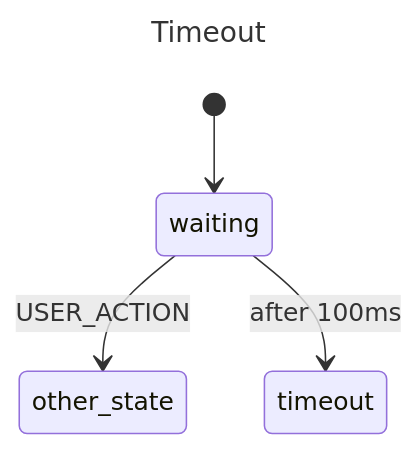
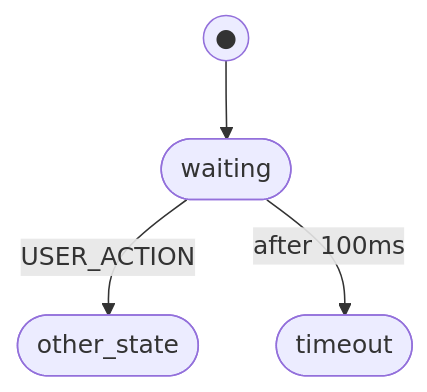
Before and after one commit to floodfx/gstate: the diagram in examples/delayed/README.md, drawn with Mermaid. The commit also changed other lines of this file and 18 other files, not shown here.

````diff
--- a/examples/delayed/README.md
+++ b/examples/delayed/README.md
@@ -11,17 +11,16 @@
 ```mermaid
 ---
-title: Timeout
 config:
-    theme: default
-    maxTextSize: 50000
-    maxEdges: 500
-    fontSize: 16
+  theme: default
+  themeVariables:
+    fontSize: 16px
 ---
-stateDiagram-v2
-    state "other_state" as other_state
-    state "timeout" as timeout
-    state "waiting" as waiting
-	[*] --> waiting
-	waiting --> other_state: USER_ACTION
-	waiting --> timeout: after 100ms
+flowchart TB
+    __gstate_start(("●"))
+    __gstate_start --> waiting
+    other_state(["other_state"])
+    timeout(["timeout"])
+    waiting(["waiting"])
+    waiting -->|"USER_ACTION"| other_state
+    waiting -->|"after 100ms"| timeout
 ```
````
